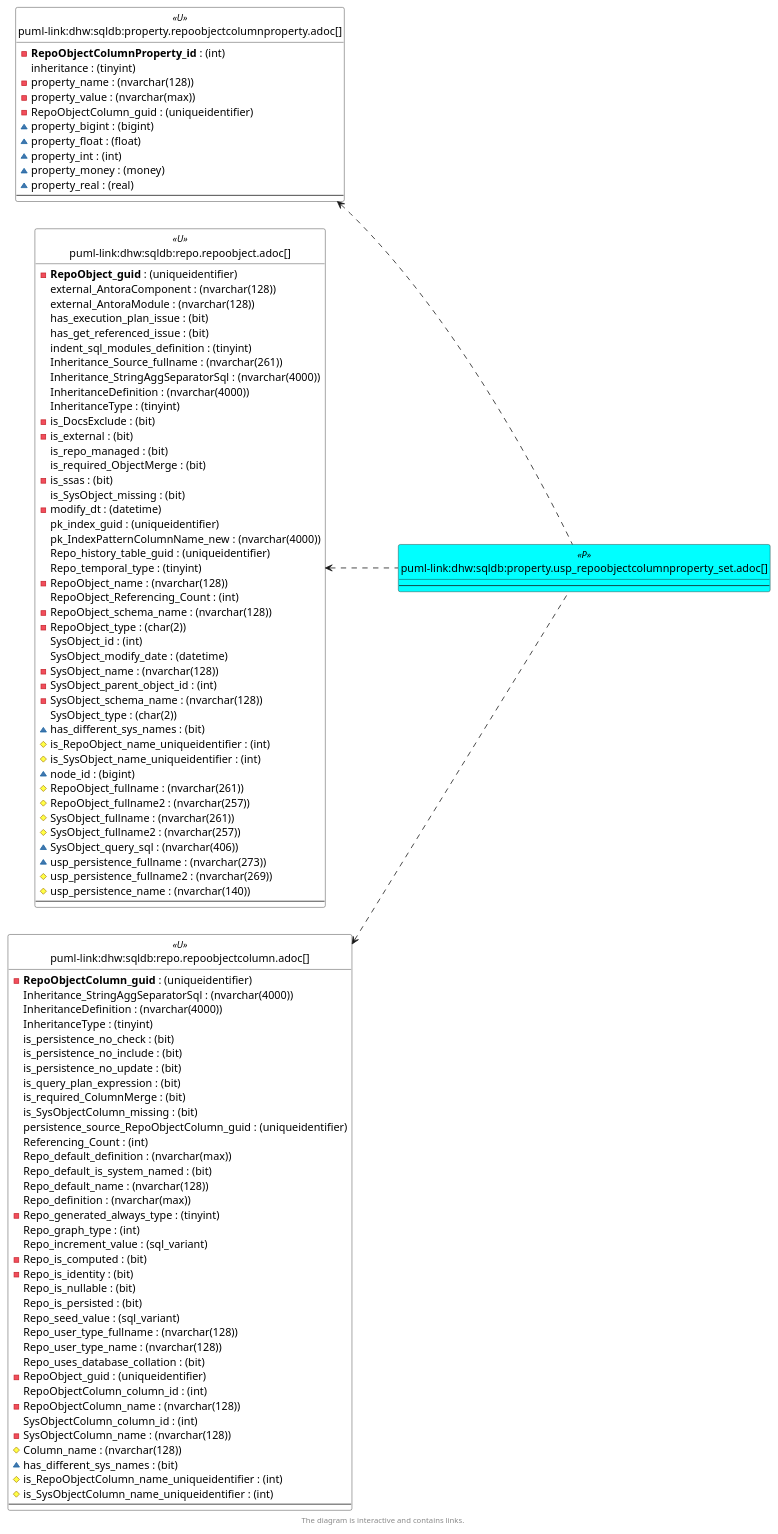
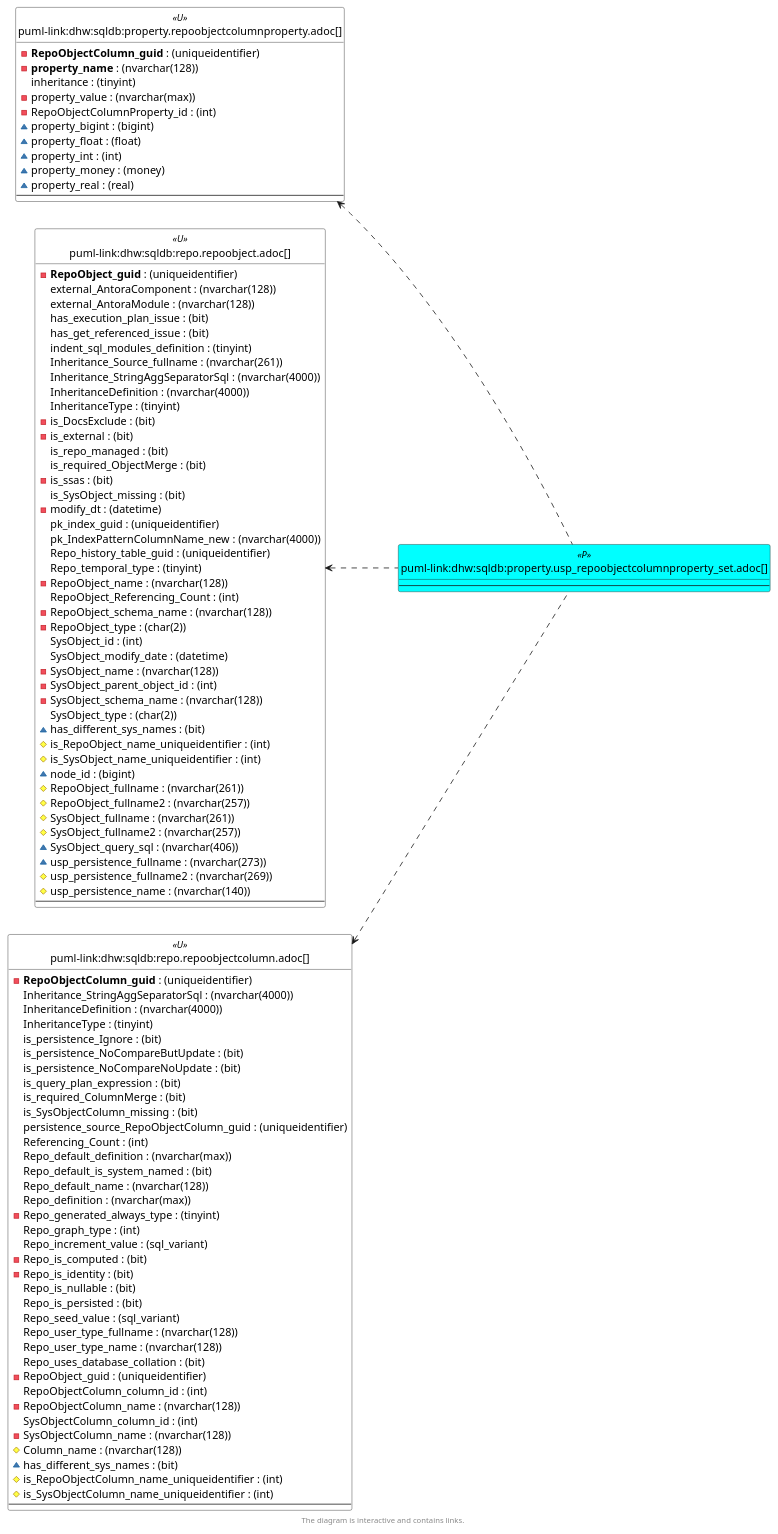
One commit to DataHandwerk/dhw-antora-sqldb changed the sixth of 6 diagrams in docs/modules/sqldb/partials/content/property.usp_repoobjectcolumnproperty_set.adoc. Above: the diagram before and after it, drawn with PlantUML. The commit also changed other lines of this file and 751 other files, not shown here.

```diff
--- a/docs/modules/sqldb/partials/content/property.usp_repoobjectcolumnproperty_set.adoc
+++ b/docs/modules/sqldb/partials/content/property.usp_repoobjectcolumnproperty_set.adoc
@@ -1119,11 +1122,11 @@
 
 
 entity "puml-link:dhw:sqldb:property.repoobjectcolumnproperty.adoc[]" as property.RepoObjectColumnProperty << U >> {
-  - **RepoObjectColumnProperty_id** : (int)
+  - **RepoObjectColumn_guid** : (uniqueidentifier)
+  - **property_name** : (nvarchar(128))
   inheritance : (tinyint)
-  - property_name : (nvarchar(128))
   - property_value : (nvarchar(max))
-  - RepoObjectColumn_guid : (uniqueidentifier)
+  - RepoObjectColumnProperty_id : (int)
   ~ property_bigint : (bigint)
   ~ property_float : (float)
   ~ property_int : (int)
@@ -1188,9 +1191,9 @@
   Inheritance_StringAggSeparatorSql : (nvarchar(4000))
   InheritanceDefinition : (nvarchar(4000))
   InheritanceType : (tinyint)
-  is_persistence_no_check : (bit)
-  is_persistence_no_include : (bit)
-  is_persistence_no_update : (bit)
+  is_persistence_Ignore : (bit)
+  is_persistence_NoCompareButUpdate : (bit)
+  is_persistence_NoCompareNoUpdate : (bit)
   is_query_plan_expression : (bit)
   is_required_ColumnMerge : (bit)
   is_SysObjectColumn_missing : (bit)
```
